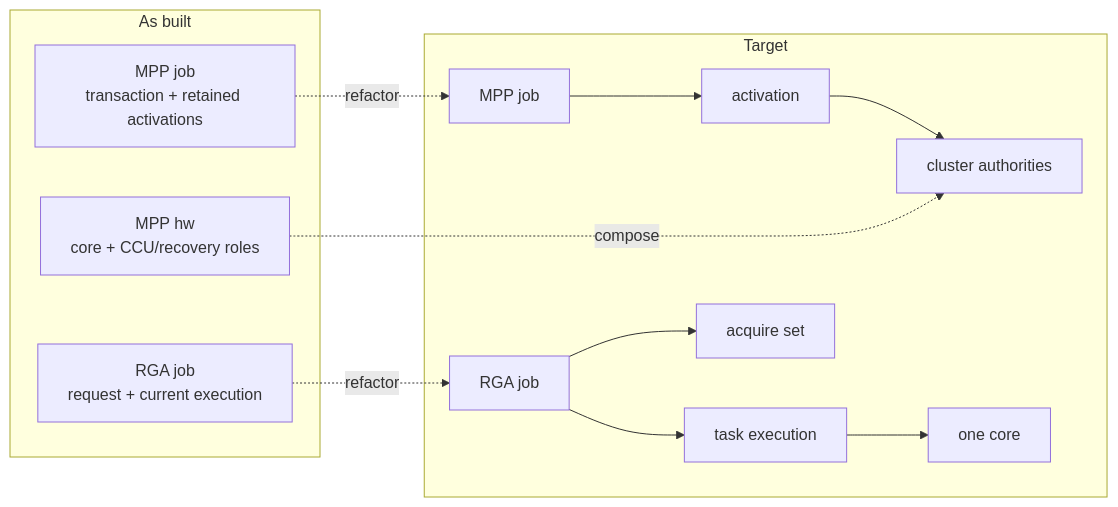
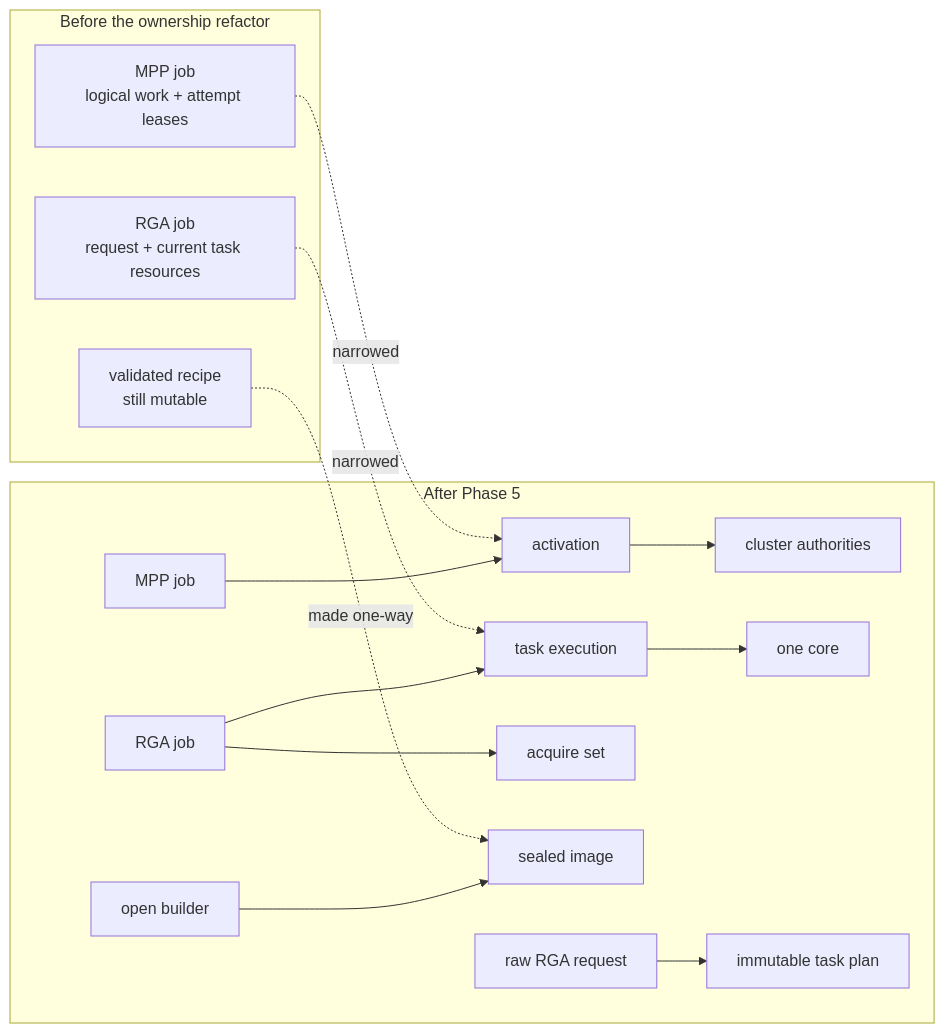
The diagram in kernel-drivers/docs/rewrite-driver-architecture/04-design-lessons.md (yisding/rock-5b-ysp), drawn with Mermaid before and after one commit. The commit also changed other lines of this file and 13 other files, not shown here.

````diff
--- a/kernel-drivers/docs/rewrite-driver-architecture/04-design-lessons.md
+++ b/kernel-drivers/docs/rewrite-driver-architecture/04-design-lessons.md
@@ -59,16 +56,18 @@
 ```mermaid
 flowchart LR
-  subgraph current["As built"]
-    mj["MPP job<br/>transaction + retained activations"]
-    mh["MPP hw<br/>core + CCU/recovery roles"]
-    rj["RGA job<br/>request + current execution"]
+  subgraph before["Before the ownership refactor"]
+    bm["MPP job<br/>logical work + attempt leases"]
+    br["RGA job<br/>request + current task resources"]
+    bc["validated recipe<br/>still mutable"]
   end
-  subgraph target["Target"]
-    mt["MPP job"] --> ma["activation"] --> mc["cluster authorities"]
-    rt["RGA job"] --> re["task execution"] --> rh["one core"]
-    rt --> ra["acquire set"]
+  subgraph after["After Phase 5"]
+    mj["MPP job"] --> ma["activation"] --> mc["cluster authorities"]
+    rj["RGA job"] --> re["task execution"] --> rh["one core"]
+    rj --> ra["acquire set"]
+    sb["open builder"] --> si["sealed image"]
+    rr["raw RGA request"] --> rp["immutable task plan"]
   end
-  mj -. refactor .-> mt
-  mh -. compose .-> mc
-  rj -. refactor .-> rt
+  bm -. narrowed .-> ma
+  br -. narrowed .-> re
+  bc -. made one-way .-> si
 ```
````
